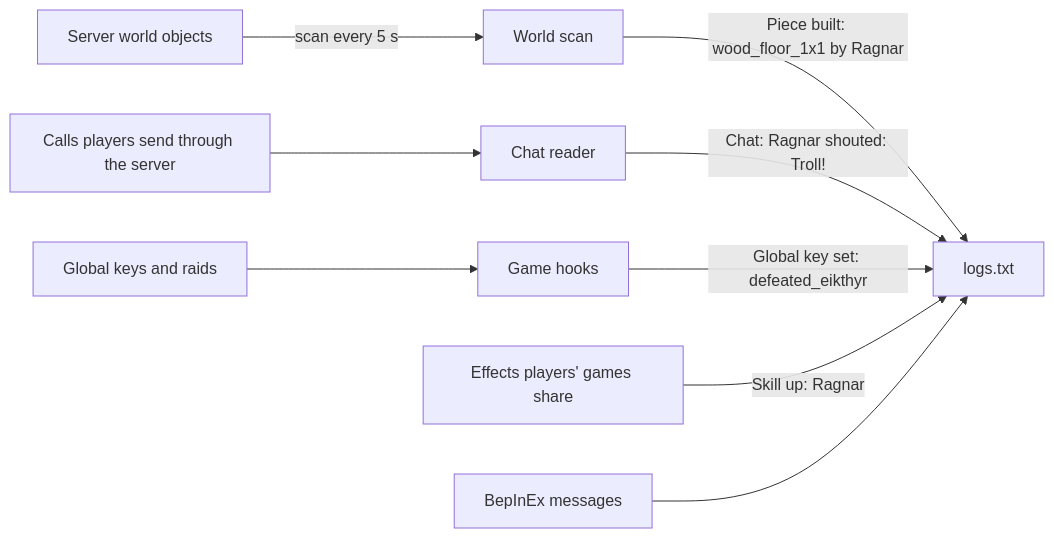
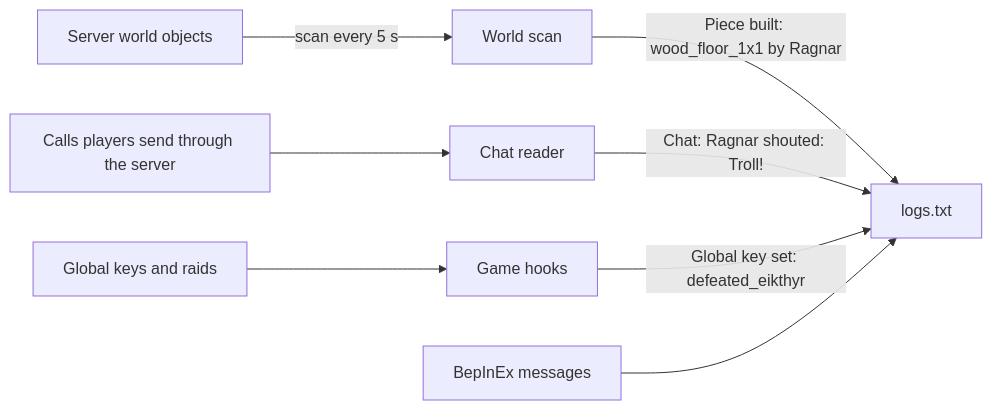
Before and after one commit to cristiadu/valheim-dashboard: diagram 15 of 20 in docs/architecture.md, drawn with Mermaid. The commit also changed other lines of this file and 22 other files, not shown here.

````diff
--- a/docs/architecture.md
+++ b/docs/architecture.md
@@ -304,11 +304,10 @@
 ```mermaid
 flowchart LR
   world[Server world objects] -->|scan every 5 s| scan[World scan]
   calls[Calls players send through the server] --> rpc[Chat reader]
   keys[Global keys and raids] --> hooks[Game hooks]
   scan -->|"Piece built: wood_floor_1x1 by Ragnar"| log[logs.txt]
   rpc -->|"Chat: Ragnar shouted: Troll!"| log
   hooks -->|"Global key set: defeated_eikthyr"| log
-  fx[Effects players' games share] -->|"Skill up: Ragnar"| log
   bep[BepInEx messages] --> log
 ```
````
